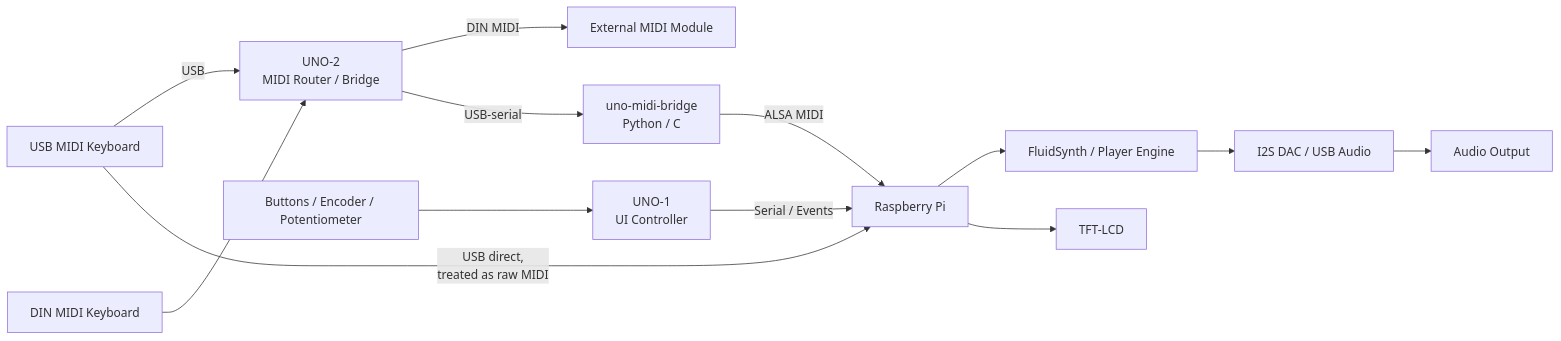
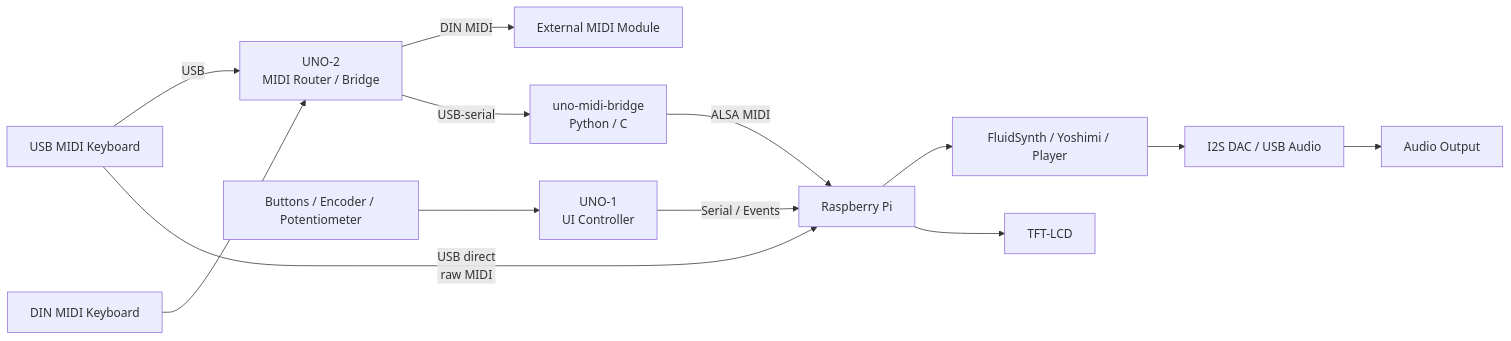
One commit to jeong0449/FluidArdule changed the diagram in README.md. Above: the diagram before and after it, drawn with Mermaid. The commit also changed other lines of this file, not shown here.

`````diff
--- a/README.md
+++ b/README.md
@@ -7,22 +28,22 @@
 ```mermaid
 flowchart LR
 
     KBD1[USB MIDI Keyboard] -->|USB| UNO2[UNO-2<br/>MIDI Router / Bridge]
     KBD2[DIN MIDI Keyboard] --> UNO2
 
-    KBD1 -->|USB direct, <br>treated as raw MIDI| PI[Raspberry Pi]
+    KBD1 -->|USB direct<br/>raw MIDI| PI[Raspberry Pi]
 
     UNO2 -->|DIN MIDI| EXT[External MIDI Module]
     UNO2 -->|USB-serial| BRIDGE[uno-midi-bridge<br/>Python / C]
 
     BRIDGE -->|ALSA MIDI| PI
 
-    PI --> FS[FluidSynth / Player Engine]
+    PI --> FS[FluidSynth / Yoshimi / Player]
     PI --> TFT[TFT-LCD]
 
     CTRL[Buttons / Encoder / Potentiometer] --> UNO1[UNO-1<br/>UI Controller]
     UNO1 -->|Serial / Events| PI
 
     FS --> DAC[I2S DAC / USB Audio]
     DAC --> OUT[Audio Output]
-````
+```
`````
